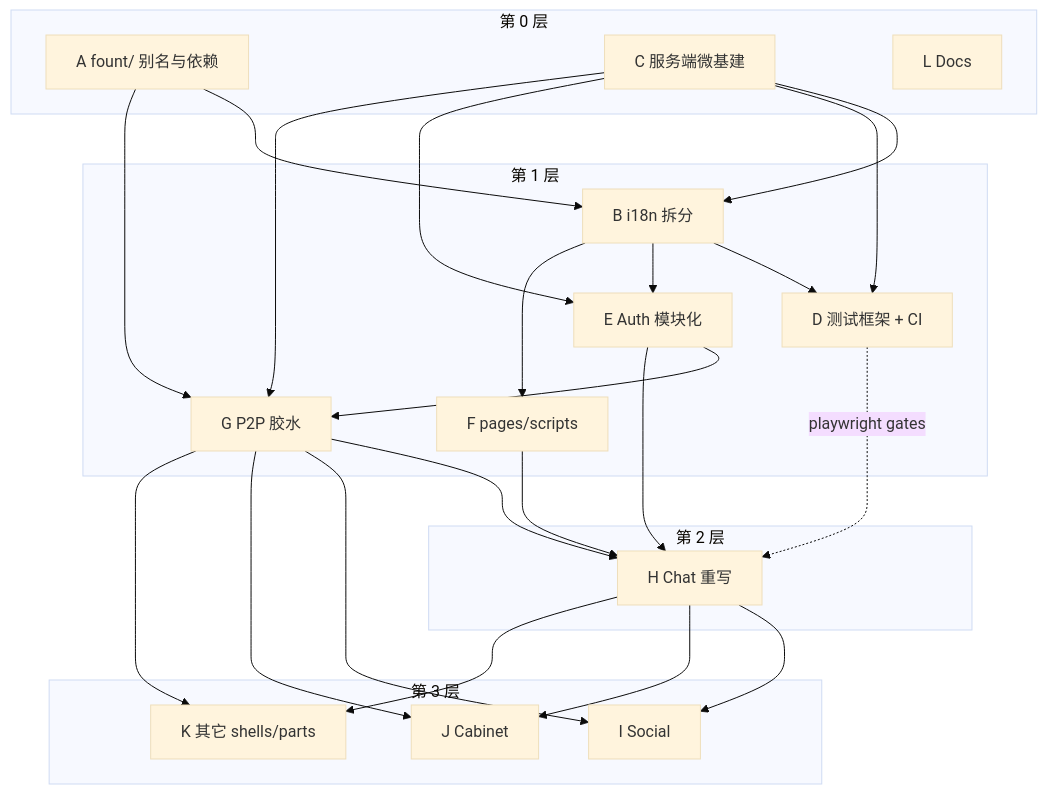
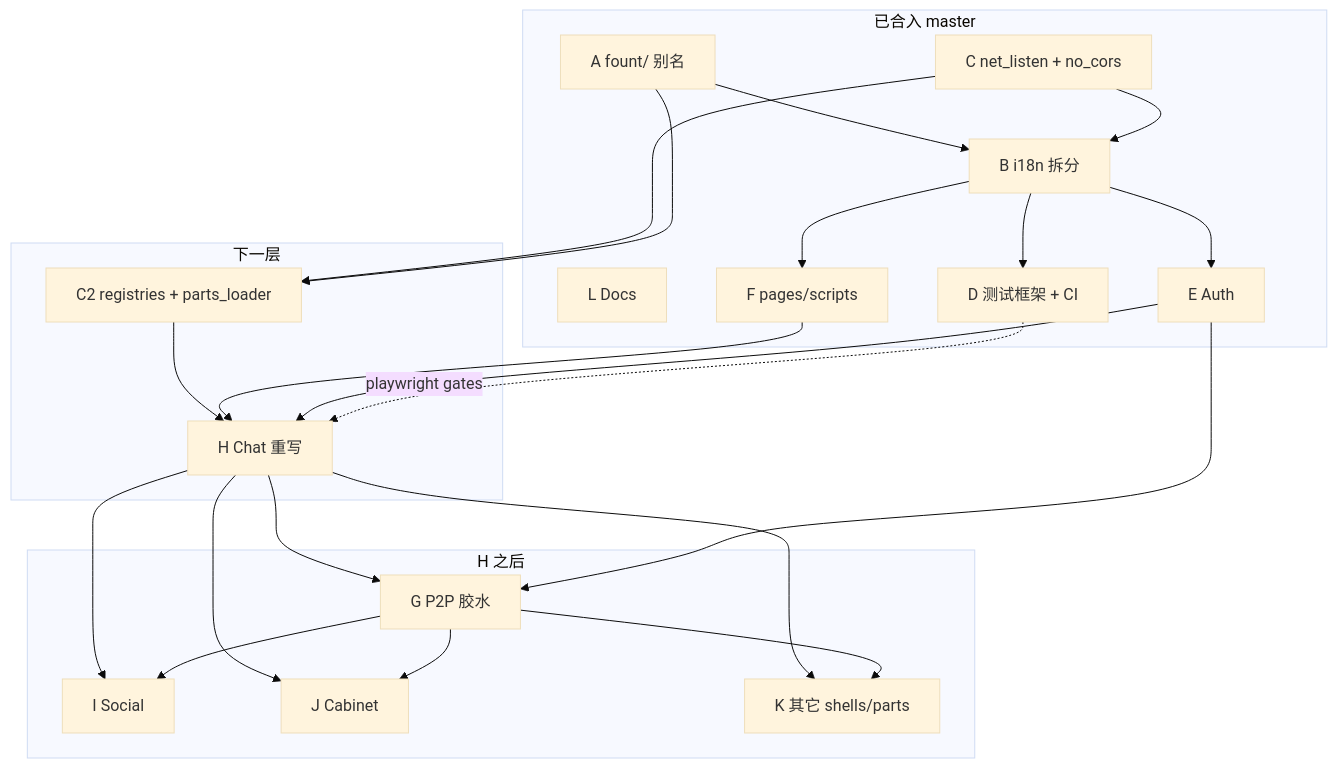
Before and after one commit to steve02081504/fount: the diagram in docs/design/together-to-master-pr-plan.md, drawn with Mermaid (base theme). The commit also changed other lines of this file and 5 other files, not shown here.

Commit message:
together/C2: part registries and parts_loader scan (#239)

````diff
--- a/docs/design/together-to-master-pr-plan.md
+++ b/docs/design/together-to-master-pr-plan.md
@@ -37,47 +39,44 @@
 ```mermaid
 flowchart TB
-  subgraph L0["第 0 层"]
-    A["A fount/ 别名与依赖"]
-    C["C 服务端微基建"]
+  subgraph done["已合入 master"]
+    A["A fount/ 别名"]
+    C["C net_listen + no_cors"]
     L["L Docs"]
+    B["B i18n 拆分"]
+    D["D 测试框架 + CI"]
+    E["E Auth"]
+    F["F pages/scripts"]
   end
 
-  subgraph L1["第 1 层"]
-    B["B i18n 拆分"]
-    D["D 测试框架 + CI"]
-    E["E Auth 模块化"]
-    F["F pages/scripts"]
-    G["G P2P 胶水"]
-  end
-
-  subgraph L2["第 2 层"]
+  subgraph next["下一层"]
+    C2["C2 registries + parts_loader"]
     H["H Chat 重写"]
   end
 
-  subgraph L3["第 3 层"]
+  subgraph afterH["H 之后"]
+    G["G P2P 胶水"]
     I["I Social"]
     J["J Cabinet"]
     K["K 其它 shells/parts"]
   end
 
   A --> B
   C --> B
   B --> D
   B --> E
   B --> F
-  C --> D
-  C --> E
-  C --> G
-  A --> G
-  E --> G
+  C --> C2
+  A --> C2
+  C2 --> H
   F --> H
-  G --> H
   E --> H
   D -.->|"playwright gates"| H
+  H --> G
+  E --> G
   H --> I
   H --> J
   H --> K
   G --> I
   G --> J
   G --> K
 ```
````
